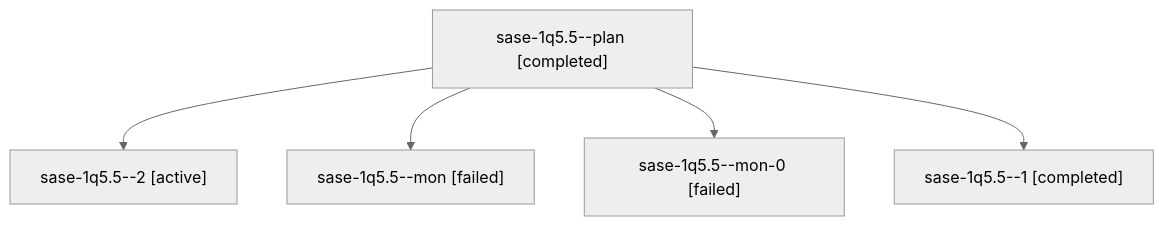
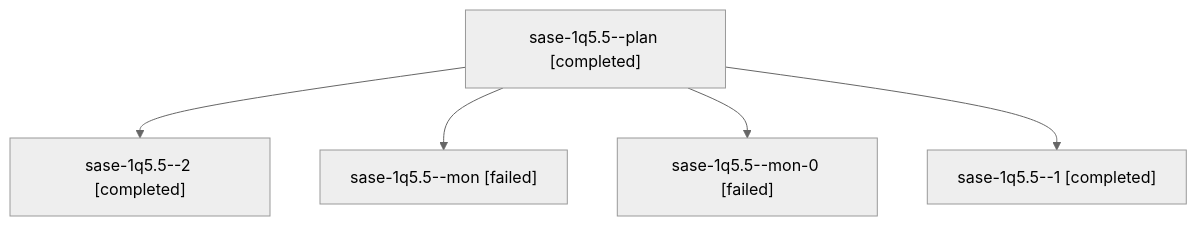
The diagram in sessions/bbugyi200.athena.sase-1q5.5.md (sase-org/sase--agents), drawn with Mermaid (neutral theme) before and after one commit. The commit also changed other lines of this file and 52 other files, not shown here.

````diff
--- a/sessions/bbugyi200.athena.sase-1q5.5.md
+++ b/sessions/bbugyi200.athena.sase-1q5.5.md
@@ -9,12 +9,12 @@
 ```mermaid
 flowchart TD
   n0["sase-1q5.5--plan [completed]"]
-  n1["sase-1q5.5--2 [active]"]
+  n1["sase-1q5.5--2 [completed]"]
   n0 --> n1
   n2["sase-1q5.5--mon [failed]"]
   n0 --> n2
   n3["sase-1q5.5--mon-0 [failed]"]
   n0 --> n3
   n4["sase-1q5.5--1 [completed]"]
   n0 --> n4
 ```
````
